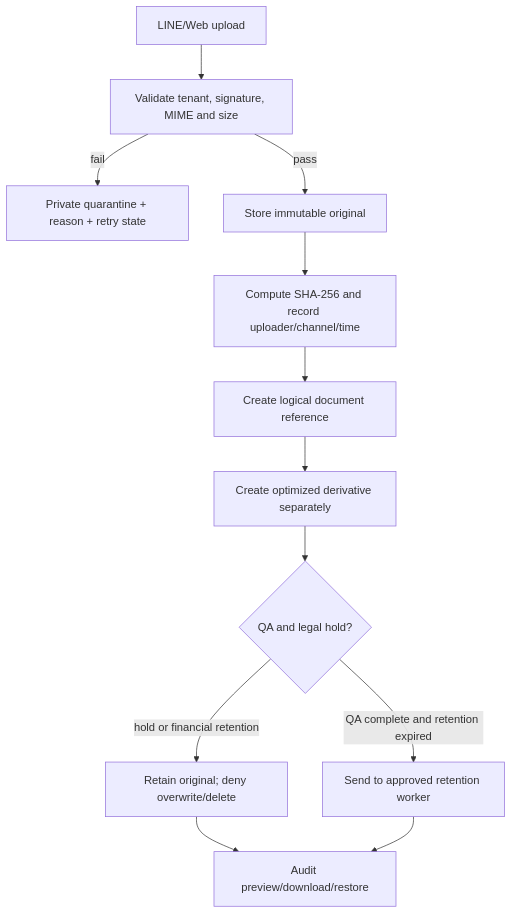
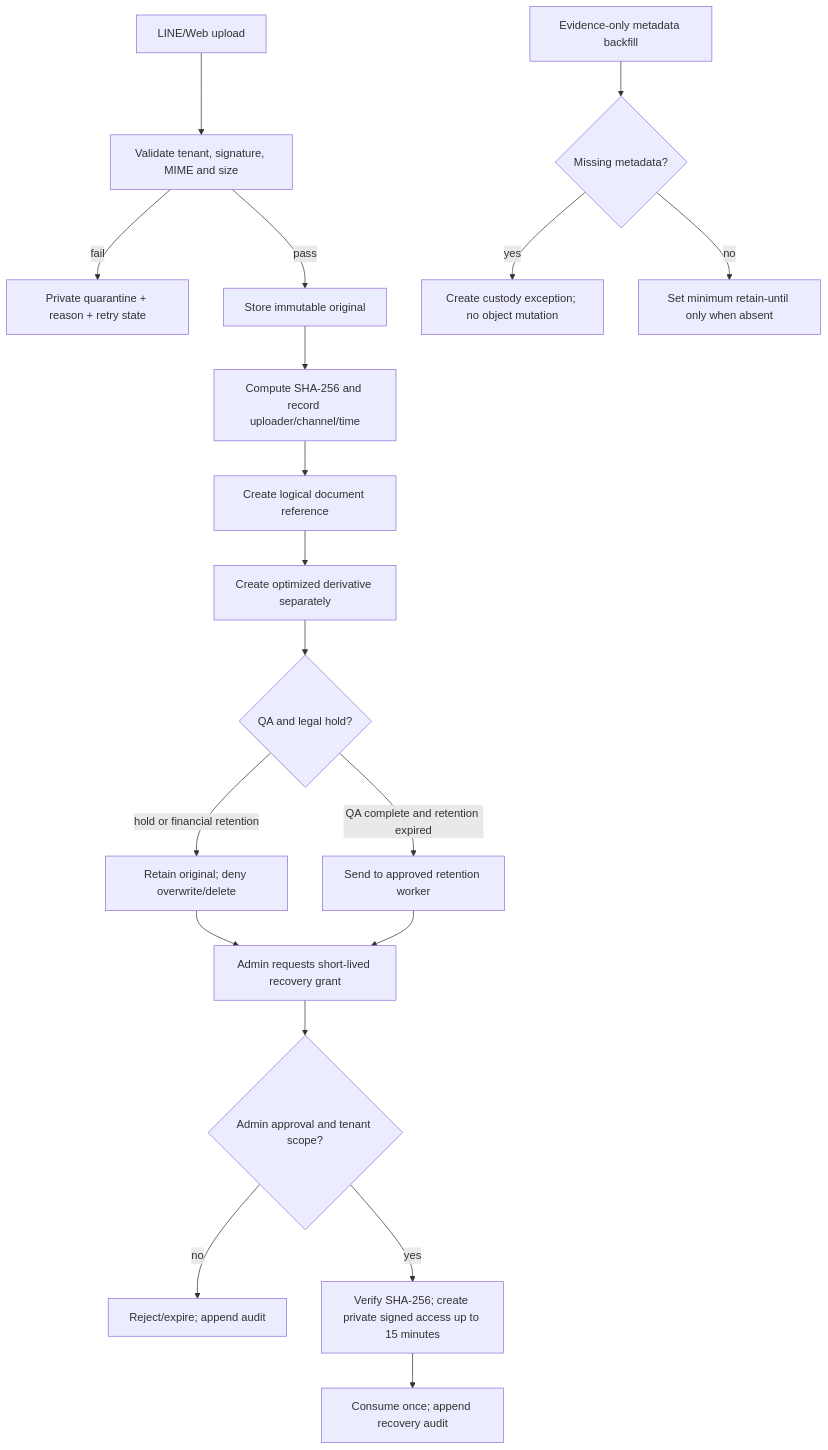
The diagram in docs/ORIGINAL_CHAIN_OF_CUSTODY_FLOW.md (paramonjong-afk/WisdomAI), drawn with Mermaid before and after one commit. The commit also changed other lines of this file and 5 other files, not shown here.

Commit message:
feat: add original evidence recovery controls

````diff
--- a/docs/ORIGINAL_CHAIN_OF_CUSTODY_FLOW.md
+++ b/docs/ORIGINAL_CHAIN_OF_CUSTODY_FLOW.md
@@ -3,14 +3,21 @@
 ```mermaid
 flowchart TD
   A[LINE/Web upload] --> B[Validate tenant, signature, MIME and size]
   B -->|fail| C[Private quarantine + reason + retry state]
   B -->|pass| D[Store immutable original]
   D --> E[Compute SHA-256 and record uploader/channel/time]
   E --> F[Create logical document reference]
   F --> G[Create optimized derivative separately]
   G --> H{QA and legal hold?}
   H -->|hold or financial retention| I[Retain original; deny overwrite/delete]
   H -->|QA complete and retention expired| J[Send to approved retention worker]
-  I --> K[Audit preview/download/restore]
+  I --> K[Admin requests short-lived recovery grant]
   J --> K
+  K --> L{Admin approval and tenant scope?}
+  L -->|no| M[Reject/expire; append audit]
+  L -->|yes| N[Verify SHA-256; create private signed access up to 15 minutes]
+  N --> O[Consume once; append recovery audit]
+  P[Evidence-only metadata backfill] --> Q{Missing metadata?}
+  Q -->|yes| R[Create custody exception; no object mutation]
+  Q -->|no| S[Set minimum retain-until only when absent]
 ```
````
